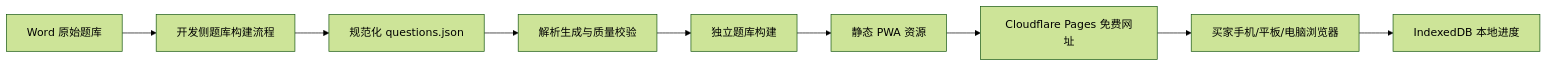
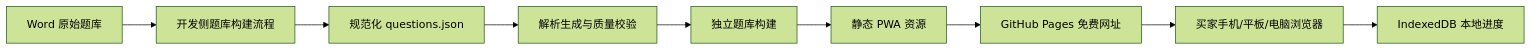
One commit to lekuq/sz-clinical-2026-review changed the diagram in docs/superpowers/specs/2026-10-05-medical-question-bank-pwa-design.md. Above: the diagram before and after it, drawn with Mermaid (forest theme). The commit also changed other lines of this file and 1 other file, not shown here.

Commit message:
docs: align deployment records with GitHub Pages

````diff
--- a/docs/superpowers/specs/2026-10-05-medical-question-bank-pwa-design.md
+++ b/docs/superpowers/specs/2026-10-05-medical-question-bank-pwa-design.md
@@ -270,11 +270,11 @@
 ```mermaid
 flowchart LR
     A[Word 原始题库] --> B[开发侧题库构建流程]
     B --> C[规范化 questions.json]
     C --> D[解析生成与质量校验]
     D --> E[独立题库构建]
     E --> F[静态 PWA 资源]
-    F --> G[Cloudflare Pages 免费网址]
+    F --> G[GitHub Pages 免费网址]
     G --> H[买家手机/平板/电脑浏览器]
     H --> I[IndexedDB 本地进度]
 ```
````
